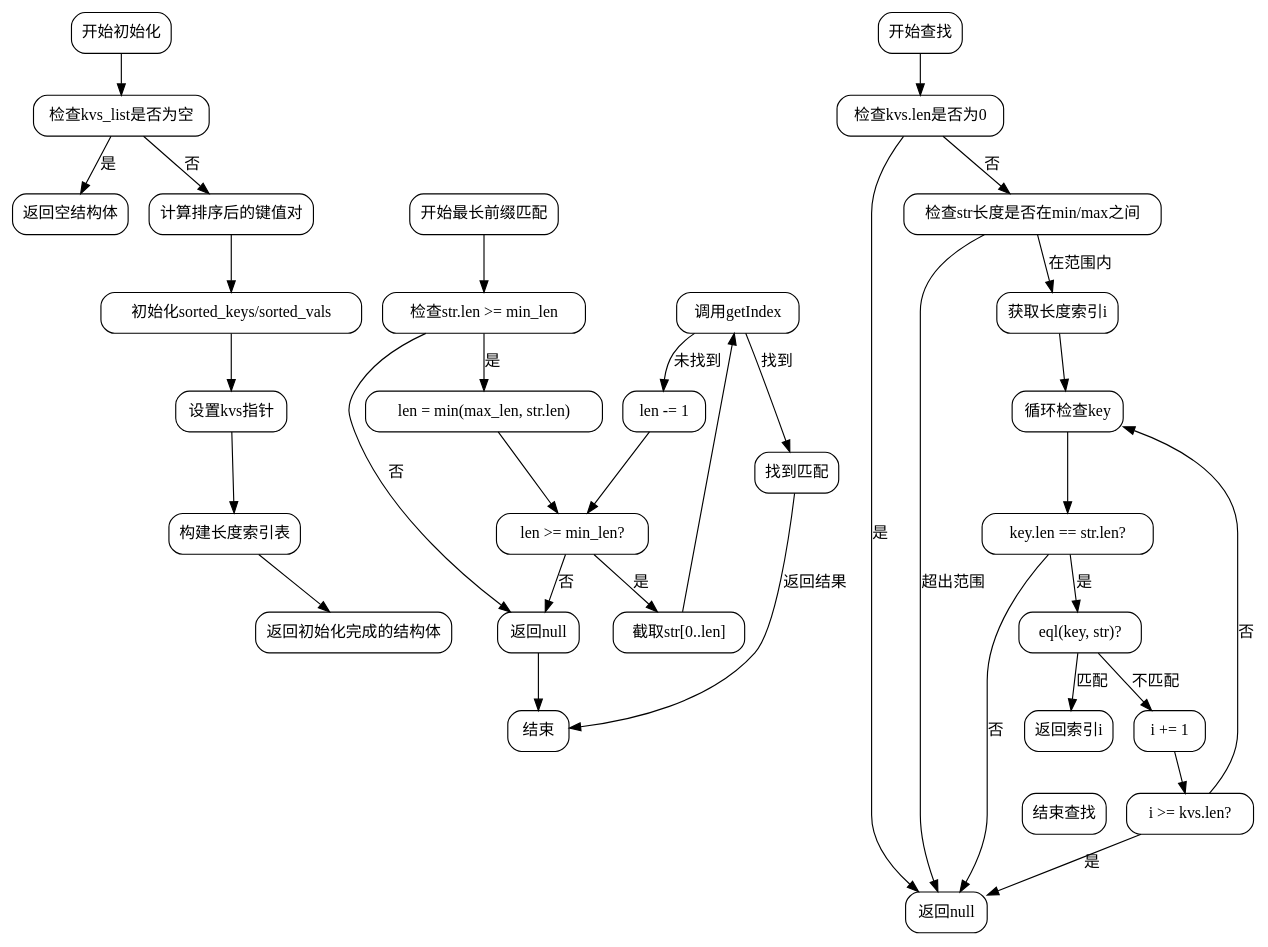
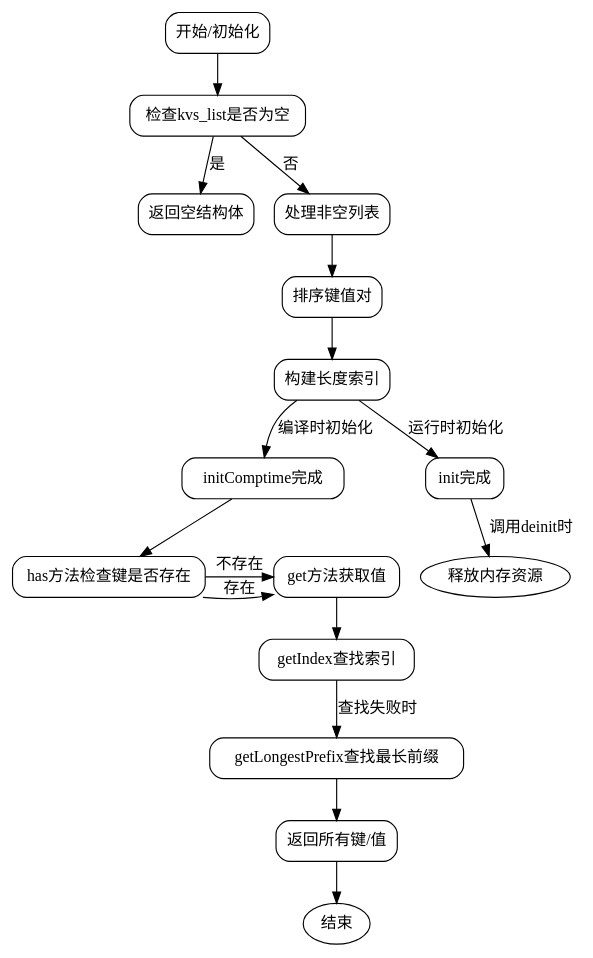
One commit to sdzx-1/deepseek-zig-reader changed the diagram in dot_std/static_string_map.zig.StaticStringMapWithEql.md. Above: the diagram before and after it, drawn with Graphviz. The commit also changed other lines of this file and 236 other files, not shown here.

````diff
--- a/dot_std/static_string_map.zig.StaticStringMapWithEql.md
+++ b/dot_std/static_string_map.zig.StaticStringMapWithEql.md
@@ -15,82 +19,42 @@
 ```dot
-digraph StaticStringMapWithEql_Flowchart {
-    rankdir=TB;
+digraph StaticStringMapWithEql {
     node [shape=rectangle, style=rounded];
 
-    // 初始化流程（initComptime 和 init）
-    start_init [label="开始初始化"];
-    check_kvs_empty [label="检查kvs_list是否为空"];
-    handle_empty_kvs [label="返回空结构体"];
-    compute_sorted_kvs [label="计算排序后的键值对"];
-    init_sorted_kvs [label="初始化sorted_keys/sorted_vals"];
-    set_kvs_ptr [label="设置kvs指针"];
-    build_len_indexes [label="构建长度索引表"];
-    end_init [label="返回初始化完成的结构体"];
+    start [label="开始/初始化"];
+    check_empty [label="检查kvs_list是否为空"];
+    empty_case [label="返回空结构体"];
+    non_empty_case [label="处理非空列表"];
+    sort_kvs [label="排序键值对"];
+    build_len_indexes [label="构建长度索引"];
+    init_comptime [label="initComptime完成"];
+    init_runtime [label="init完成"];
+    deinit [label="释放内存资源"];
+    has_key [label="has方法检查键是否存在"];
+    get_value [label="get方法获取值"];
+    get_index [label="getIndex查找索引"];
+    longest_prefix [label="getLongestPrefix查找最长前缀"];
+    keys_values [label="返回所有键/值"];
 
-    start_init -> check_kvs_empty;
-    check_kvs_empty -> handle_empty_kvs [label="是"];
-    check_kvs_empty -> compute_sorted_kvs [label="否"];
-    compute_sorted_kvs -> init_sorted_kvs;
-    init_sorted_kvs -> set_kvs_ptr;
-    set_kvs_ptr -> build_len_indexes;
-    build_len_indexes -> end_init;
+    start -> check_empty;
+    check_empty -> empty_case [label="是"];
+    check_empty -> non_empty_case [label="否"];
+    non_empty_case -> sort_kvs;
+    sort_kvs -> build_len_indexes;
+    build_len_indexes -> init_comptime [label="编译时初始化"];
+    build_len_indexes -> init_runtime [label="运行时初始化"];
+    init_comptime -> has_key;
+    init_runtime -> deinit [label="调用deinit时"];
+    has_key -> get_value [label="存在"];
+    has_key -> get_value [label="不存在"];
+    get_value -> get_index;
+    get_index -> longest_prefix [label="查找失败时"];
+    longest_prefix -> keys_values;
+    keys_values -> end;
 
-    // 查找流程（get/getIndex）
-    start_get [label="开始查找"];
-    check_kvs_len [label="检查kvs.len是否为0"];
-    return_null [label="返回null"];
-    check_str_len [label="检查str长度是否在min/max之间"];
-    get_len_index [label="获取长度索引i"];
-    loop_check [label="循环检查key"];
-    compare_key_len [label="key.len == str.len?"];
-    compare_key_content [label="eql(key, str)?"];
-    return_index [label="返回索引i"];
-    increment_i [label="i += 1"];
-    check_i_bound [label="i >= kvs.len?"];
-
-    start_get -> check_kvs_len;
-    check_kvs_len -> return_null [label="是"];
-    check_kvs_len -> check_str_len [label="否"];
-    check_str_len -> return_null [label="超出范围"];
-    check_str_len -> get_len_index [label="在范围内"];
-    get_len_index -> loop_check;
-    loop_check -> compare_key_len;
-    compare_key_len -> return_null [label="否"];
-    compare_key_len -> compare_key_content [label="是"];
-    compare_key_content -> return_index [label="匹配"];
-    compare_key_content -> increment_i [label="不匹配"];
-    increment_i -> check_i_bound;
-    check_i_bound -> return_null [label="是"];
-    check_i_bound -> loop_check [label="否"];
-
-    // 最长前缀匹配流程
-    start_longest [label="开始最长前缀匹配"];
-    check_str_min_len [label="检查str.len >= min_len"];
-    init_len [label="len = min(max_len, str.len)"];
-    loop_len_check [label="len >= min_len?"];
-    slice_str [label="截取str[0..len]"];
-    call_getIndex [label="调用getIndex"];
-    found_match [label="找到匹配"];
-    decrement_len [label="len -= 1"];
-    no_match [label="返回null"];
-
-    start_longest -> check_str_min_len;
-    check_str_min_len -> no_match [label="否"];
-    check_str_min_len -> init_len [label="是"];
-    init_len -> loop_len_check;
-    loop_len_check -> slice_str [label="是"];
-    slice_str -> call_getIndex;
-    call_getIndex -> found_match [label="找到"];
-    call_getIndex -> decrement_len [label="未找到"];
-    found_match -> end_longest [label="返回结果"];
-    decrement_len -> loop_len_check;
-    loop_len_check -> no_match [label="否"];
-    no_match -> end_longest;
-
-    // 连接结束节点
-    end_longest [label="结束"];
-    end_init -> end_longest [style=invis];
-    return_index -> end_get [style=invis];
-    end_get [label="结束查找"];
+    // 辅助连接和样式
+    deinit [shape=ellipse];
+    end [shape=ellipse, label="结束"];
+    {rank=same; init_comptime, init_runtime}
+    {rank=same; has_key, get_value}
 }
-``` 
+```
````
